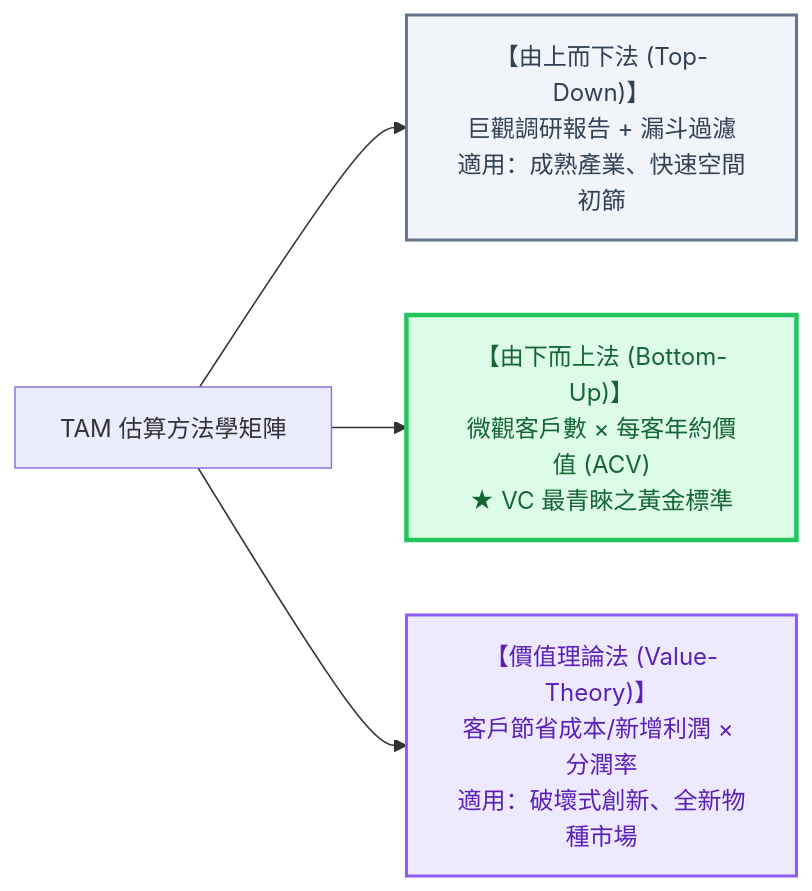
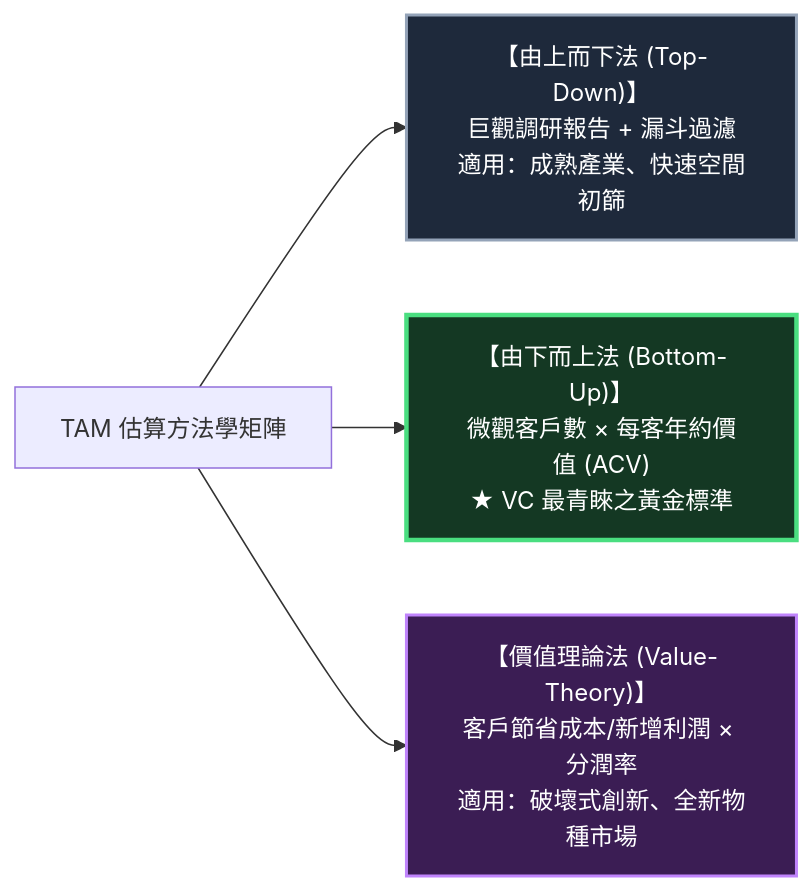
Before and after one commit to Jimlin0428/my-digital-garden: the second of 3 diagrams in src/site/notes/98_商業概念庫/TAM.md, drawn with Mermaid. The commit also changed other lines of this file and 58 other files, not shown here.

````diff
--- a/src/site/notes/98_商業概念庫/TAM.md
+++ b/src/site/notes/98_商業概念庫/TAM.md
@@ -54,10 +54,10 @@
 ```mermaid
 flowchart LR
     A["TAM 估算方法學矩陣"] --> B["【由上而下法 (Top-Down)】<br>巨觀調研報告 + 漏斗過濾<br>適用：成熟產業、快速空間初篩"]
     A --> C["【由下而上法 (Bottom-Up)】<br>微觀客戶數 × 每客年約價值 (ACV)<br>★ VC 最青睞之黃金標準"]
     A --> D["【價值理論法 (Value-Theory)】<br>客戶節省成本/新增利潤 × 分潤率<br>適用：破壞式創新、全新物種市場"]
 
-    style B fill:#f1f5f9,stroke:#64748b,stroke-width:2px,color:#334155
-    style C fill:#dcfce7,stroke:#22c55e,stroke-width:3px,color:#166534
-    style D fill:#ede9fe,stroke:#8b5cf6,stroke-width:2px,color:#5b21b6
+    style B fill:#1e293b,stroke:#94a3b8,stroke-width:2px,color:#ffffff
+    style C fill:#143823,stroke:#4ade80,stroke-width:3px,color:#ffffff
+    style D fill:#3b1d54,stroke:#c084fc,stroke-width:2px,color:#ffffff
 ```
````
